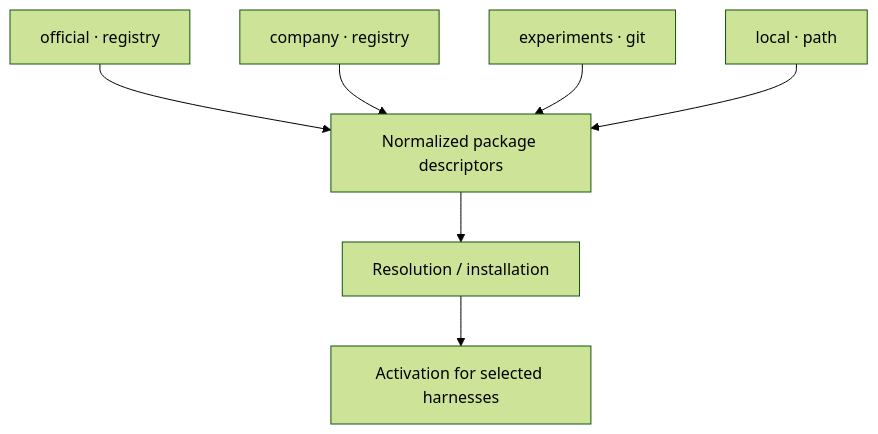
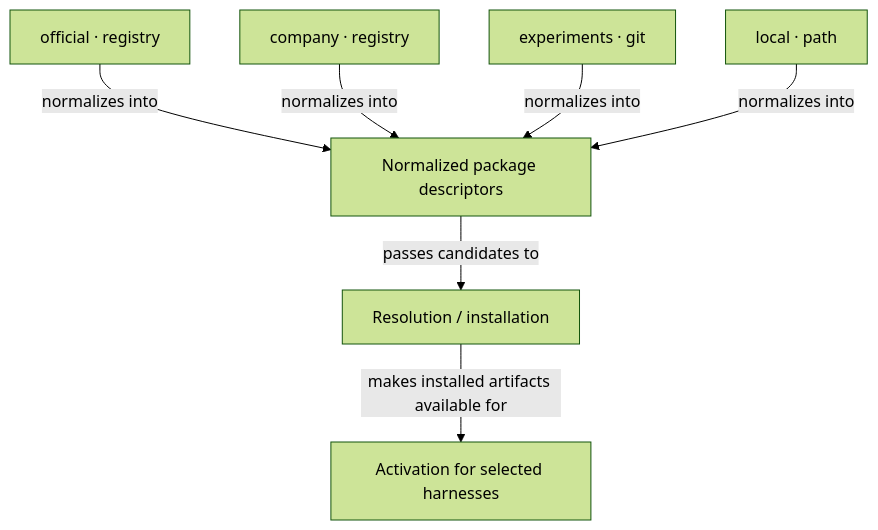
The second of 5 diagrams in docs/plans/backlog/package-multi-source-distribution.md (kirinmurphy/roborepo-alpha), drawn with Mermaid (forest theme) before and after one commit. The commit also changed other lines of this file and 52 other files, not shown here.

````diff
--- a/docs/plans/backlog/package-multi-source-distribution.md
+++ b/docs/plans/backlog/package-multi-source-distribution.md
@@ -127,9 +127,9 @@
 ```mermaid
 flowchart TD
-  official[official · registry] --> normalized[Normalized package descriptors]
-  company[company · registry] --> normalized
-  experiments[experiments · git] --> normalized
-  local[local · path] --> normalized
-  normalized --> resolution[Resolution / installation]
-  resolution --> activation[Activation for selected harnesses]
+  official[official · registry] -->|normalizes into| normalized[Normalized package descriptors]
+  company[company · registry] -->|normalizes into| normalized
+  experiments[experiments · git] -->|normalizes into| normalized
+  local[local · path] -->|normalizes into| normalized
+  normalized -->|passes candidates to| resolution[Resolution / installation]
+  resolution -->|makes installed artifacts available for| activation[Activation for selected harnesses]
 ```
````
